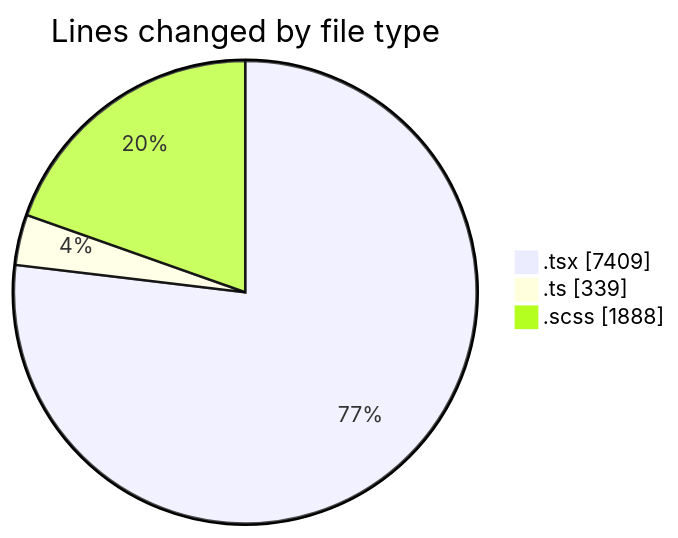
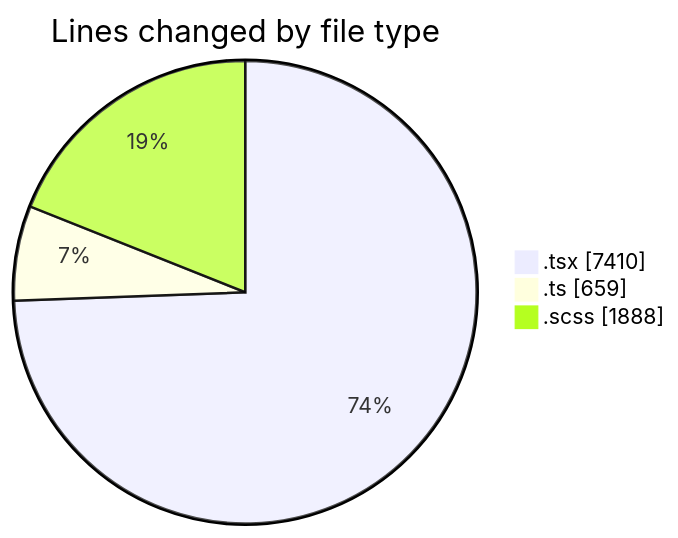
Before and after one commit to momahboobian/code-tracking: the first of 2 diagrams in 2025-07-08/cda/README.md, drawn with Mermaid. The commit also changed other lines of this file and 1 other file, not shown here.

````diff
--- a/2025-07-08/cda/README.md
+++ b/2025-07-08/cda/README.md
@@ -51,7 +51,7 @@
 ```mermaid
 pie showData
 title Lines changed by file type
-".tsx" : 7409
-".ts" : 339
+".tsx" : 7410
+".ts" : 659
 ".scss" : 1888
 ```
````
